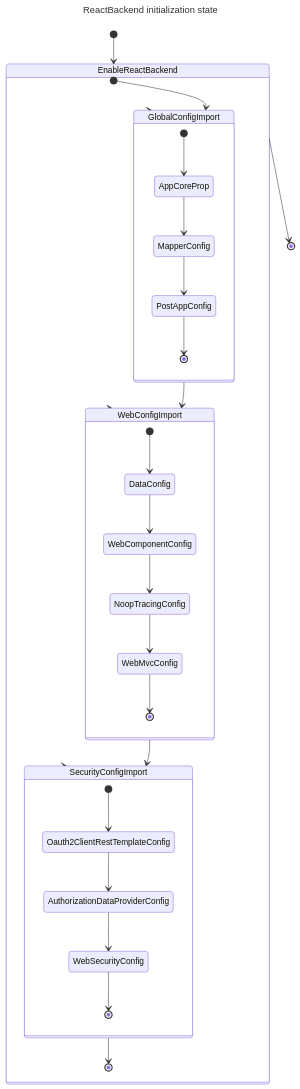
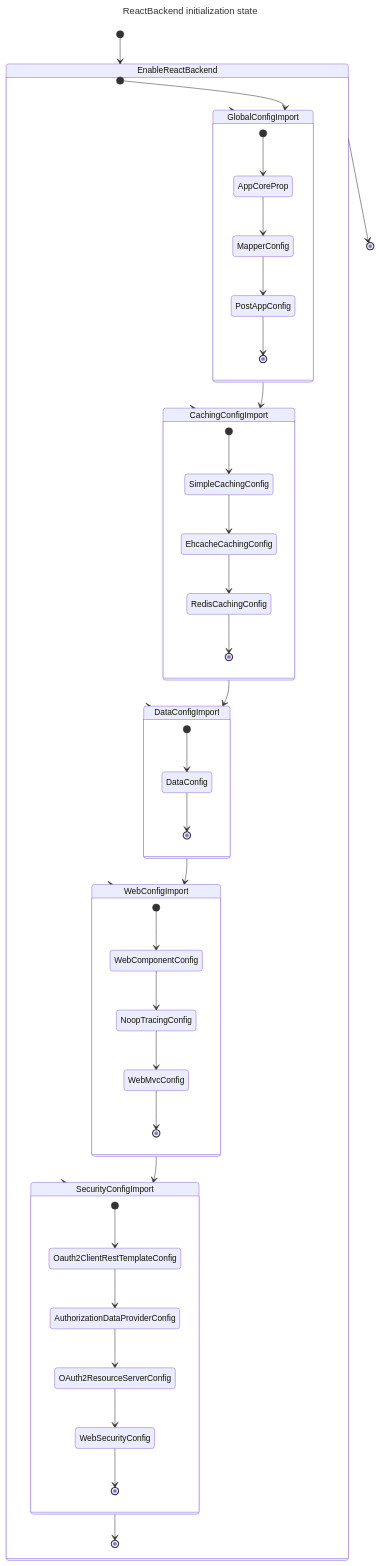
Before and after one commit to siukatech/poc-react-backend-core: the fourth of 5 diagrams in README.md, drawn with Mermaid. The commit also changed other lines of this file, not shown here.

````diff
--- a/README.md
+++ b/README.md
@@ -592,39 +597,53 @@
 ```mermaid
 ---
 title: ReactBackend initialization state
 ---
 stateDiagram-v2
     [*] --> EnableReactBackend
     EnableReactBackend --> GlobalConfigImport
+    EnableReactBackend --> CachingConfigImport
+    EnableReactBackend --> DataConfigImport
     EnableReactBackend --> WebConfigImport
     EnableReactBackend --> SecurityConfigImport
     
     EnableReactBackend --> [*]
     
     state EnableReactBackend {
         [*] --> GlobalConfigImport
-        GlobalConfigImport --> WebConfigImport
+        GlobalConfigImport --> CachingConfigImport
+        CachingConfigImport --> DataConfigImport
+        DataConfigImport --> WebConfigImport
         WebConfigImport --> SecurityConfigImport
         SecurityConfigImport --> [*]
     }
     state GlobalConfigImport {
         [*] --> AppCoreProp
         AppCoreProp --> MapperConfig
         MapperConfig --> PostAppConfig
         PostAppConfig --> [*]
     }
+    state CachingConfigImport {
+        [*] --> SimpleCachingConfig
+        SimpleCachingConfig --> EhcacheCachingConfig
+        EhcacheCachingConfig --> RedisCachingConfig
+        RedisCachingConfig --> [*]
+    }
+    state DataConfigImport {
+        [*] --> DataConfig
+        DataConfig --> [*]
+    }
     state WebConfigImport {
-        [*] --> DataConfig
-        DataConfig --> WebComponentConfig
+        [*] --> WebComponentConfig
         WebComponentConfig --> NoopTracingConfig
         NoopTracingConfig --> WebMvcConfig
         WebMvcConfig --> [*]
     }
     state SecurityConfigImport {
         [*] --> Oauth2ClientRestTemplateConfig
         Oauth2ClientRestTemplateConfig --> AuthorizationDataProviderConfig
-        AuthorizationDataProviderConfig --> WebSecurityConfig
+        AuthorizationDataProviderConfig --> OAuth2ResourceServerConfig
+        OAuth2ResourceServerConfig --> WebSecurityConfig
         WebSecurityConfig --> [*]
     }
 
 ```
````
